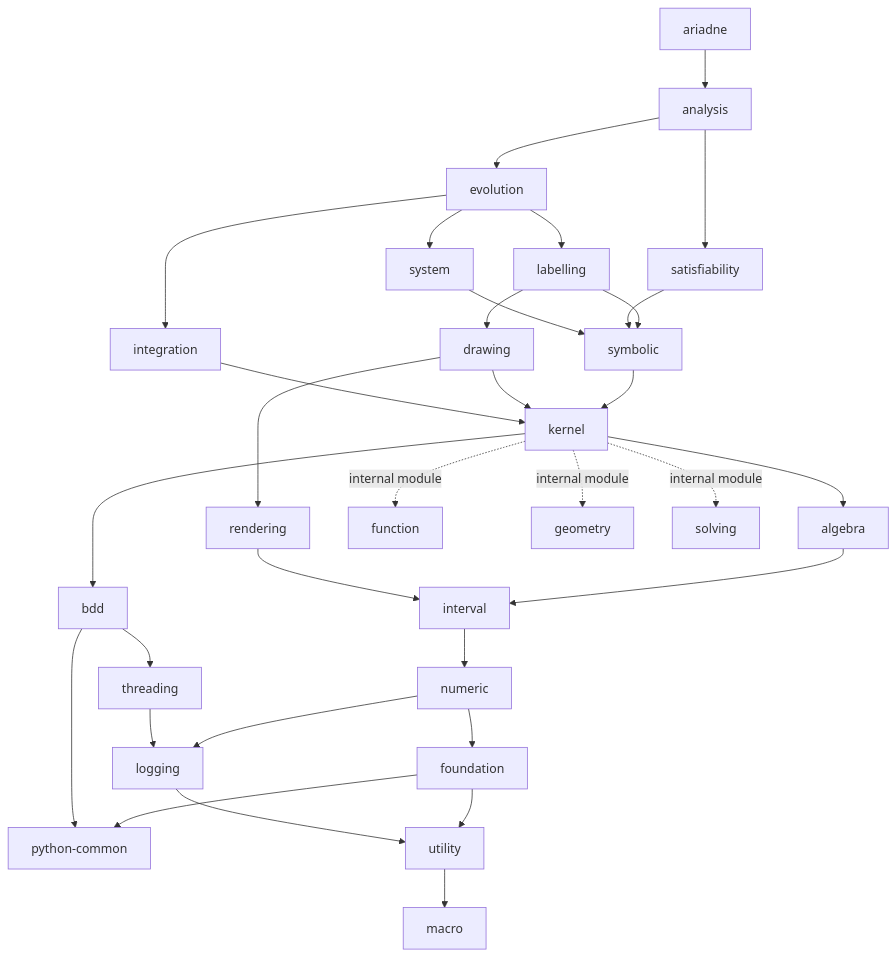
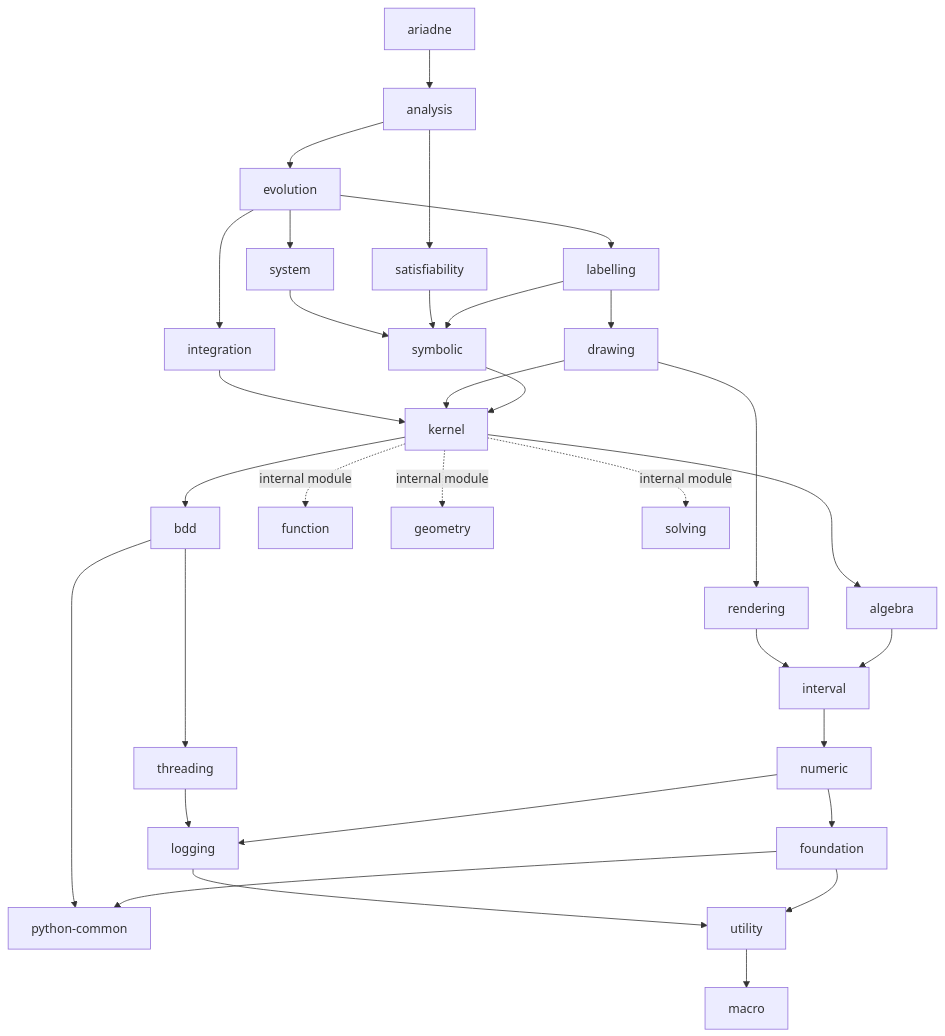
One commit to ariadne-cps/ariadne changed the diagram in doc/decoupling/structure.md. Above: the diagram before and after it, drawn with Mermaid.

Commit message:
docs: align algebra in dependency graph

````diff
--- a/doc/decoupling/structure.md
+++ b/doc/decoupling/structure.md
@@ -38,48 +38,49 @@
 ```mermaid
 graph TD
     ariadne --> analysis
 
     analysis --> evolution
     analysis --> satisfiability
 
     evolution --> integration
     evolution --> system
     evolution --> labelling
 
     integration --> kernel
 
     system --> symbolic
 
     satisfiability --> symbolic
 
     labelling --> symbolic
     labelling --> drawing
 
     drawing --> rendering
     drawing --> kernel
 
     symbolic --> kernel
 
     kernel --> bdd
     kernel --> algebra
+    bdd ~~~ algebra
     rendering --> interval
 
     kernel -. internal module .-> function
     kernel -. internal module .-> geometry
     kernel -. internal module .-> solving
 
     bdd --> threading
     bdd --> python_common["python-common"]
 
     threading --> logging
     logging --> utility
     utility --> macro
 
     algebra --> interval
     interval --> numeric
     numeric --> foundation
     numeric --> logging
 
     foundation --> utility
     foundation --> python_common
 ```
````
